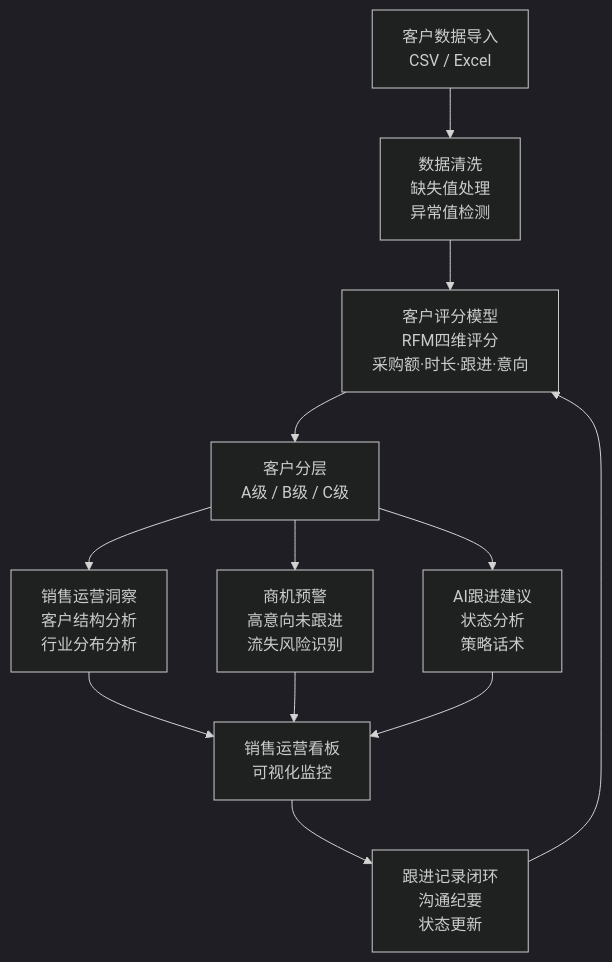
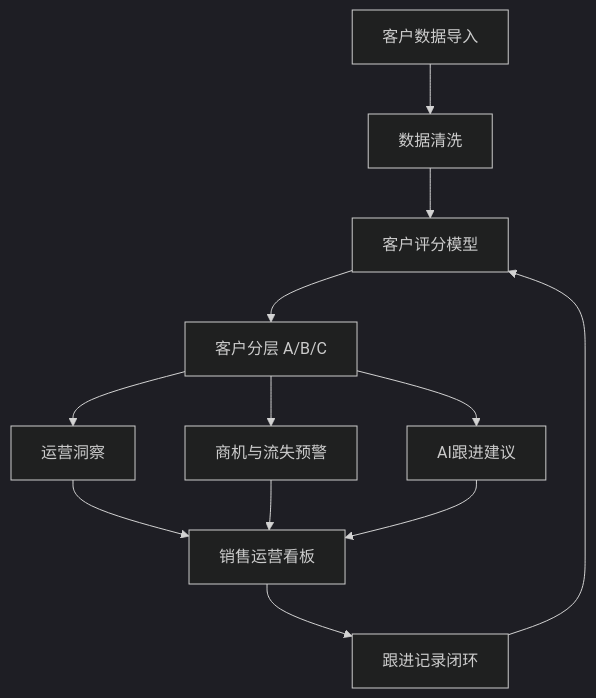
The diagram in README.md (Jofish07/ai-sales-ops-assistant), drawn with Mermaid (dark theme) before and after one commit. The commit also changed other lines of this file and 1 other file, not shown here.

````diff
--- a/README.md
+++ b/README.md
@@ -38,14 +44,14 @@
 ```mermaid
 flowchart TD
-    A[客户数据导入\nCSV / Excel] --> B[数据清洗\n缺失值处理\n异常值检测]
-    B --> C[客户评分模型\nRFM四维评分\n采购额·时长·跟进·意向]
-    C --> D[客户分层\nA级 / B级 / C级]
-    D --> E[销售运营洞察\n客户结构分析\n行业分布分析]
-    D --> F[商机预警\n高意向未跟进\n流失风险识别]
-    D --> G[AI跟进建议\n状态分析\n策略话术]
-    E --> H[销售运营看板\n可视化监控]
+    A[客户数据导入] --> B[数据清洗]
+    B --> C[客户评分模型]
+    C --> D[客户分层 A/B/C]
+    D --> E[运营洞察]
+    D --> F[商机与流失预警]
+    D --> G[AI跟进建议]
+    E --> H[销售运营看板]
     F --> H
     G --> H
-    H --> I[跟进记录闭环\n沟通纪要\n状态更新]
+    H --> I[跟进记录闭环]
     I --> C
 ```
````
